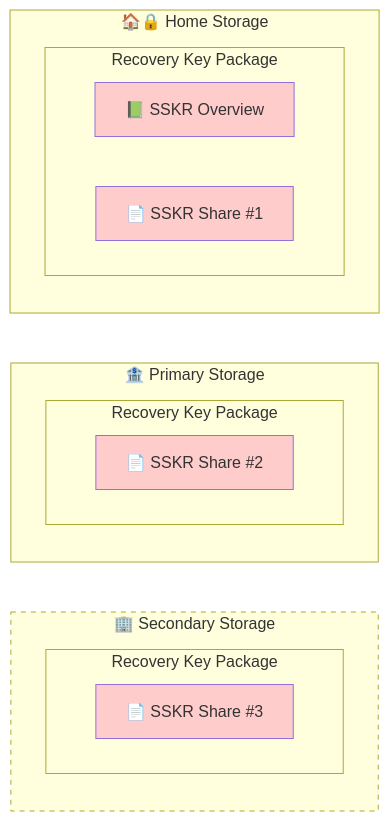
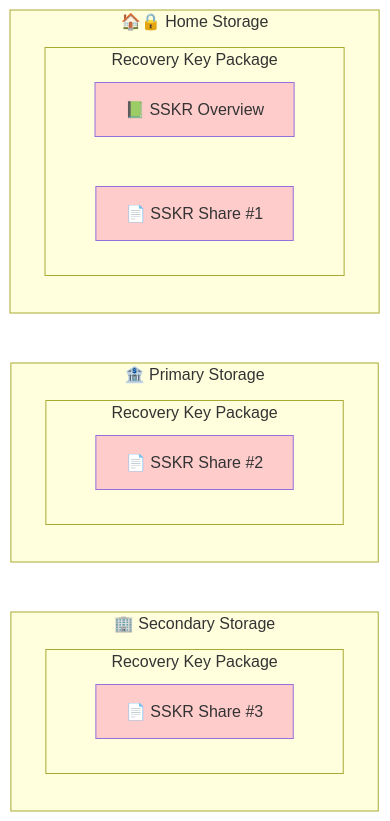
Diagram 15 of 24 in Docs/Scenario-Multisig.md (BlockchainCommons/SmartCustody), drawn with Mermaid before and after one commit.

````diff
--- a/Docs/Scenario-Multisig.md
+++ b/Docs/Scenario-Multisig.md
@@ -556,25 +556,25 @@
     ```mermaid
     graph LR;
+    classDef subgraph_padding fill:none,stroke:none
     subgraph secondary ["🏢 Secondary Storage"]
-      style secondary stroke-dasharray: 5 5
       subgraph "Recovery Key Package"
       D["📄 SSKR Share #3"]
       end
     end
     subgraph "🏦 Primary Storage<br>"
       subgraph "Recovery Key Package"
       C["📄 SSKR Share #2"]
       end
     end
     subgraph "🏠🔒 Home Storage<br>"
       subgraph "Recovery Key Package"
       A["📗 SSKR Overview"]
       B["📄 SSKR Share #1"]
       end
     end
     
     style A fill:#ffcccc;
     style B fill:#ffcccc;
     style C fill:#ffcccc;
     style D fill:#ffcccc;
     ```
````
